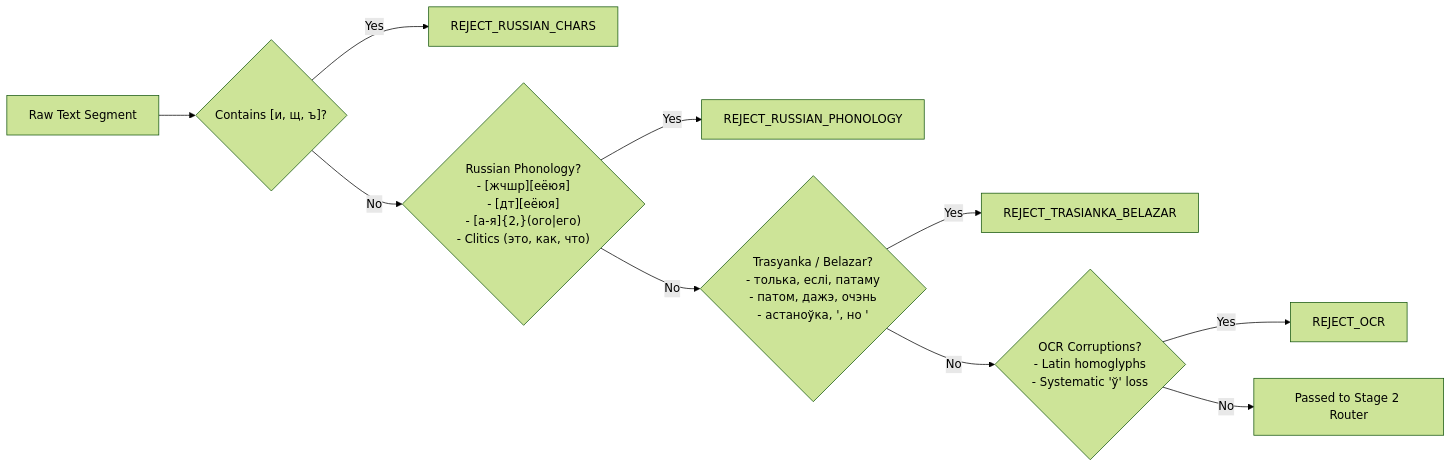
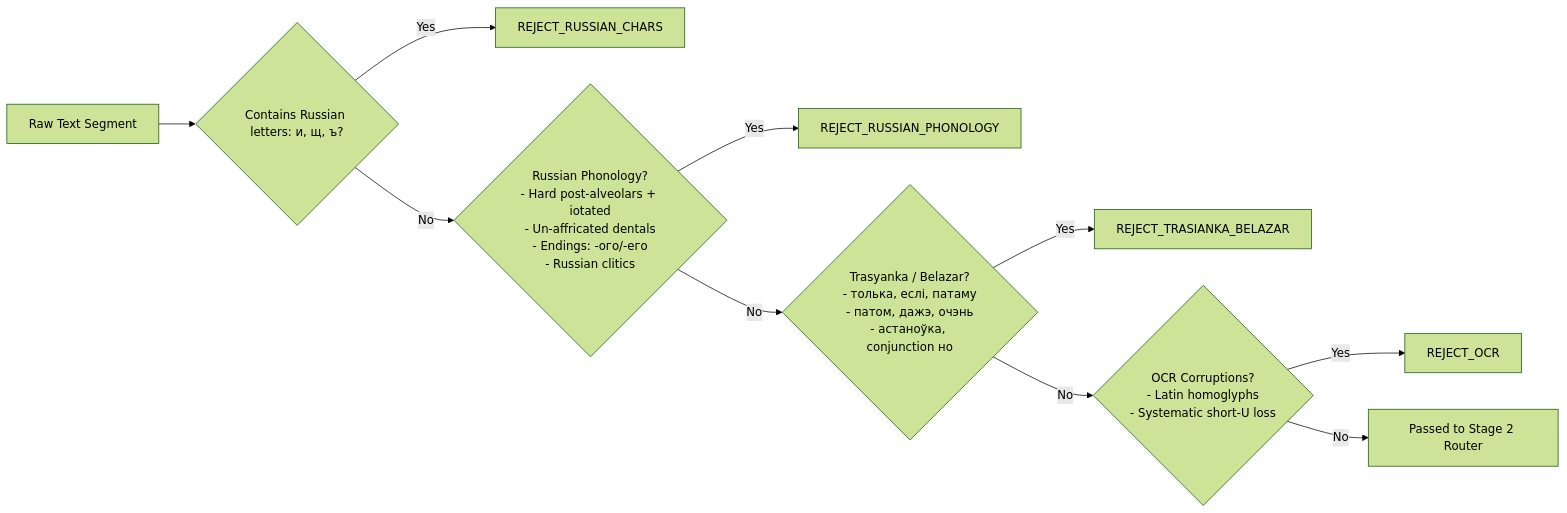
One commit to egraich/DualMova changed the second of 4 diagrams in docs/ARCHITECTURE.md. Above: the diagram before and after it, drawn with Mermaid (forest theme). The commit also changed other lines of this file and 1 other file, not shown here.

First line of the commit message:
fix(docs): sanitize Mermaid diagram syntax for GitHub renderer

````diff
--- a/docs/ARCHITECTURE.md
+++ b/docs/ARCHITECTURE.md
@@ -79,12 +79,12 @@
 ```mermaid
 flowchart LR
-    Text["Raw Text Segment"] --> Chars{"Contains [и, щ, ъ]?"}
+    Text["Raw Text Segment"] --> Chars{"Contains Russian letters: и, щ, ъ?"}
     Chars -->|Yes| R1["REJECT_RUSSIAN_CHARS"]
-    Chars -->|No| Phon{"Russian Phonology?<br/>- [жчшр][еёюя]<br/>- [дт][еёюя]<br/>- [а-я]{2,}(ого|его)<br/>- Clitics (это, как, что)"}
+    Chars -->|No| Phon{"Russian Phonology?<br/>- Hard post-alveolars + iotated<br/>- Un-affricated dentals<br/>- Endings: -ого/-его<br/>- Russian clitics"}
     Phon -->|Yes| R2["REJECT_RUSSIAN_PHONOLOGY"]
-    Phon -->|No| Tras{"Trasyanka / Belazar?<br/>- толька, еслі, патаму<br/>- патом, дажэ, очэнь<br/>- астаноўка, ', но '"}
+    Phon -->|No| Tras{"Trasyanka / Belazar?<br/>- толька, еслі, патаму<br/>- патом, дажэ, очэнь<br/>- астаноўка, conjunction но"}
     Tras -->|Yes| R3["REJECT_TRASIANKA_BELAZAR"]
-    Tras -->|No| OCR{"OCR Corruptions?<br/>- Latin homoglyphs<br/>- Systematic 'ў' loss"}
+    Tras -->|No| OCR{"OCR Corruptions?<br/>- Latin homoglyphs<br/>- Systematic short-U loss"}
     OCR -->|Yes| R4["REJECT_OCR"]
     OCR -->|No| Pass["Passed to Stage 2 Router"]
 ```
````
